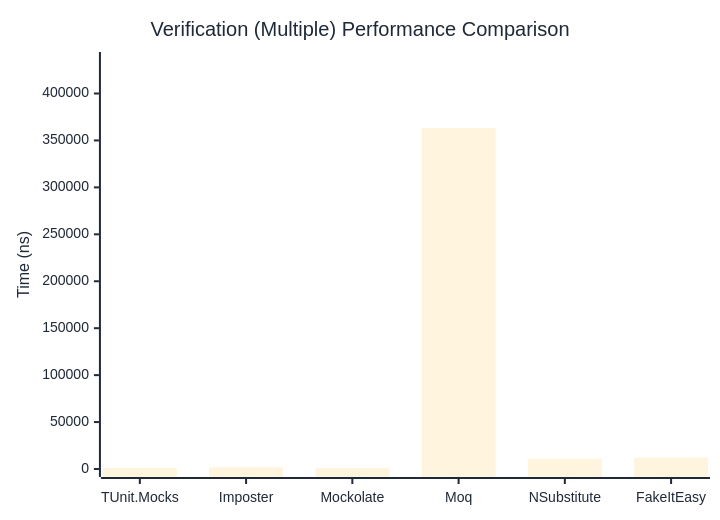
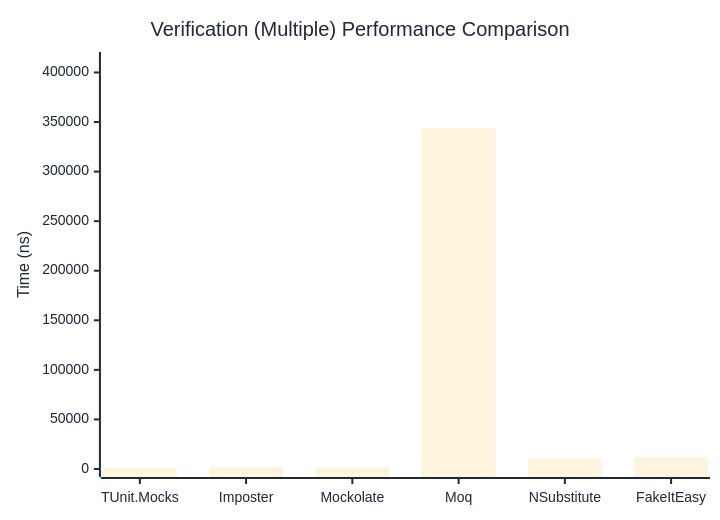
One commit to thomhurst/TUnit changed the third of 3 diagrams in docs/docs/benchmarks/mocks/Verification.md. Above: the diagram before and after it, drawn with Mermaid. The commit also changed other lines of this file and 14 other files, not shown here.

````diff
--- a/docs/docs/benchmarks/mocks/Verification.md
+++ b/docs/docs/benchmarks/mocks/Verification.md
@@ -112,27 +112,27 @@
 ```mermaid
 %%{init: {
   'theme':'base',
   'themeVariables': {
     'primaryColor': '#2563eb',
     'primaryTextColor': '#1f2937',
     'primaryBorderColor': '#1e40af',
     'lineColor': '#6b7280',
     'secondaryColor': '#7c3aed',
     'tertiaryColor': '#dc2626',
     'background': '#ffffff',
     'pie1': '#2563eb',
     'pie2': '#7c3aed',
     'pie3': '#dc2626',
     'pie4': '#f59e0b',
     'pie5': '#10b981',
     'pie6': '#06b6d4',
     'pie7': '#ec4899',
     'pie8': '#6366f1'
   }
 }}%%
 xychart-beta
   title "Verification (Multiple) Performance Comparison"
   x-axis ["TUnit.Mocks", "Imposter", "Mockolate", "Moq", "NSubstitute", "FakeItEasy"]
-  y-axis "Time (ns)" 0 --> 435690
-  bar [1342.57, 1800.07, 1191.64, 363074.92, 10887.68, 12157.6]
+  y-axis "Time (ns)" 0 --> 412561
+  bar [1262.2, 1644.45, 1114.69, 343800.49, 10191.09, 11948.41]
 ```
````
